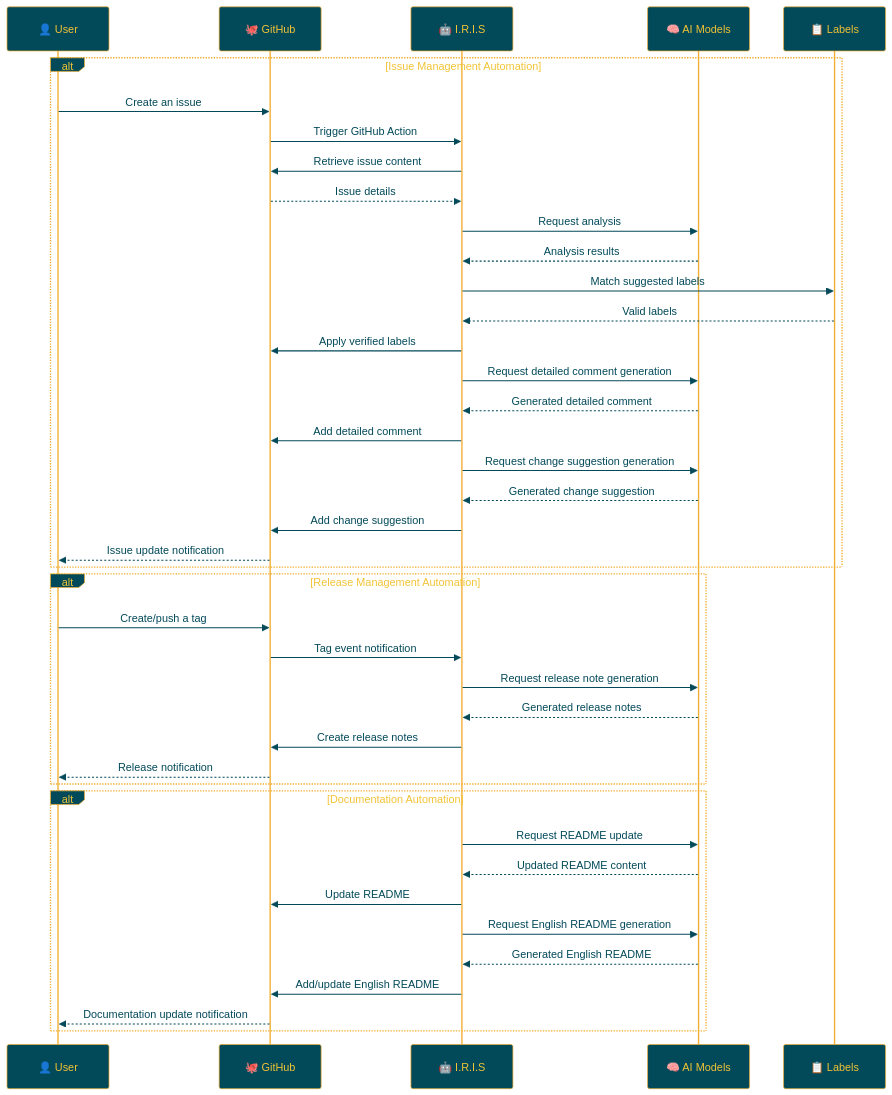
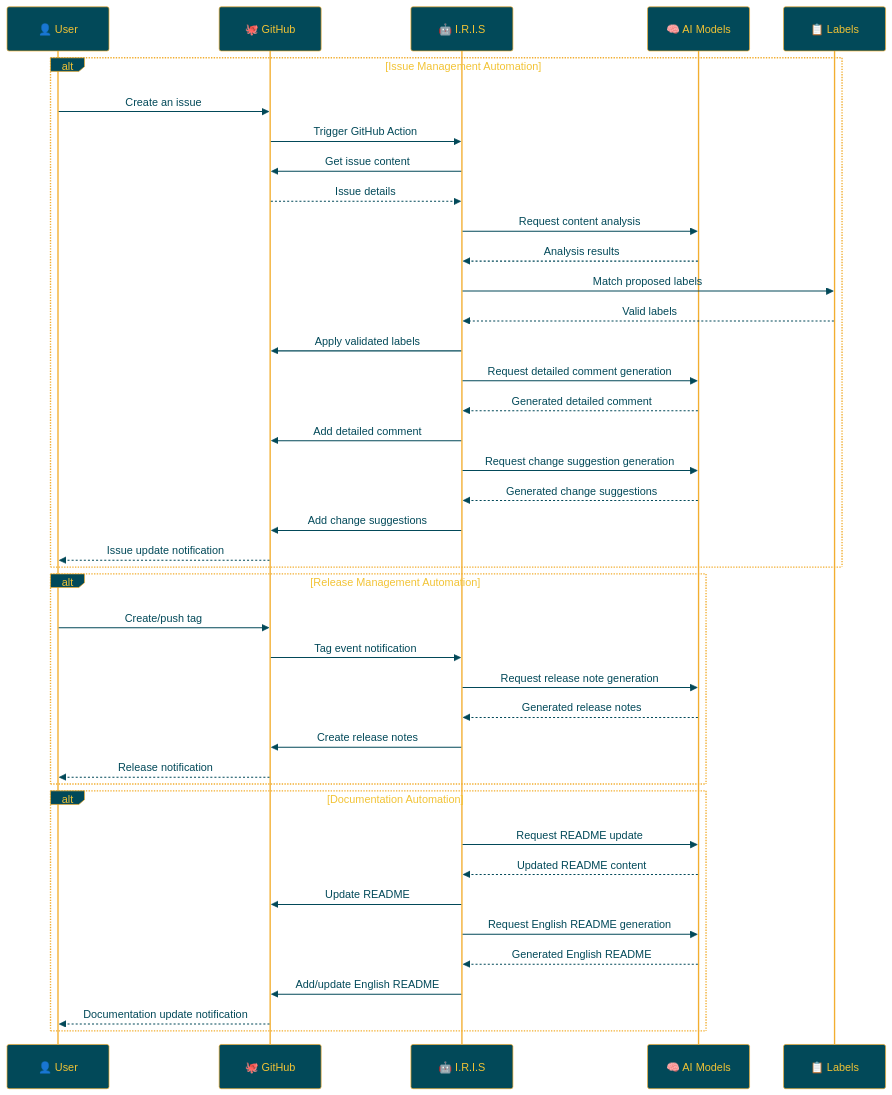
Before and after one commit to Sunwood-ai-labs/IRIS: the diagram in docs/README.en.md, drawn with Mermaid. The commit also changed other lines of this file, not shown here.

````diff
--- a/docs/README.en.md
+++ b/docs/README.en.md
@@ -199,48 +282,48 @@
 ```mermaid
 %%{init:{'theme':'base','themeVariables':{'primaryColor':'#024959','primaryTextColor':'#F2C335','primaryBorderColor':'#F2AE30','lineColor':'#A1A2A6','secondaryColor':'#593E25','tertiaryColor':'#F2C335','noteTextColor':'#024959','noteBkgColor':'#F2C335','textColor':'#024959','fontSize':'18px'}}}%%
 
 sequenceDiagram
     participant User as 👤 User
     participant GitHub as 🐙 GitHub
     participant IRIS as 🤖 I.R.I.S
     participant AI as 🧠 AI Models
     participant Labels as 📋 Labels
 
     alt Issue Management Automation
         User->>GitHub: Create an issue
         GitHub->>IRIS: Trigger GitHub Action
-        IRIS->>GitHub: Retrieve issue content
+        IRIS->>GitHub: Get issue content
         GitHub-->>IRIS: Issue details
-        IRIS->>AI: Request analysis
+        IRIS->>AI: Request content analysis
         AI-->>IRIS: Analysis results
-        IRIS->>Labels: Match suggested labels
+        IRIS->>Labels: Match proposed labels
         Labels-->>IRIS: Valid labels
-        IRIS->>GitHub: Apply verified labels
+        IRIS->>GitHub: Apply validated labels
         IRIS->>AI: Request detailed comment generation
         AI-->>IRIS: Generated detailed comment
         IRIS->>GitHub: Add detailed comment
         IRIS->>AI: Request change suggestion generation
-        AI-->>IRIS: Generated change suggestion
-        IRIS->>GitHub: Add change suggestion
+        AI-->>IRIS: Generated change suggestions
+        IRIS->>GitHub: Add change suggestions
         GitHub-->>User: Issue update notification
     end
 
     alt Release Management Automation
-        User->>GitHub: Create/push a tag
+        User->>GitHub: Create/push tag
         GitHub->>IRIS: Tag event notification
         IRIS->>AI: Request release note generation
         AI-->>IRIS: Generated release notes
         IRIS->>GitHub: Create release notes
         GitHub-->>User: Release notification
     end
 
     alt Documentation Automation
         IRIS->>AI: Request README update
         AI-->>IRIS: Updated README content
         IRIS->>GitHub: Update README
         IRIS->>AI: Request English README generation
         AI-->>IRIS: Generated English README
         IRIS->>GitHub: Add/update English README
         GitHub-->>User: Documentation update notification
     end
 ```
````
